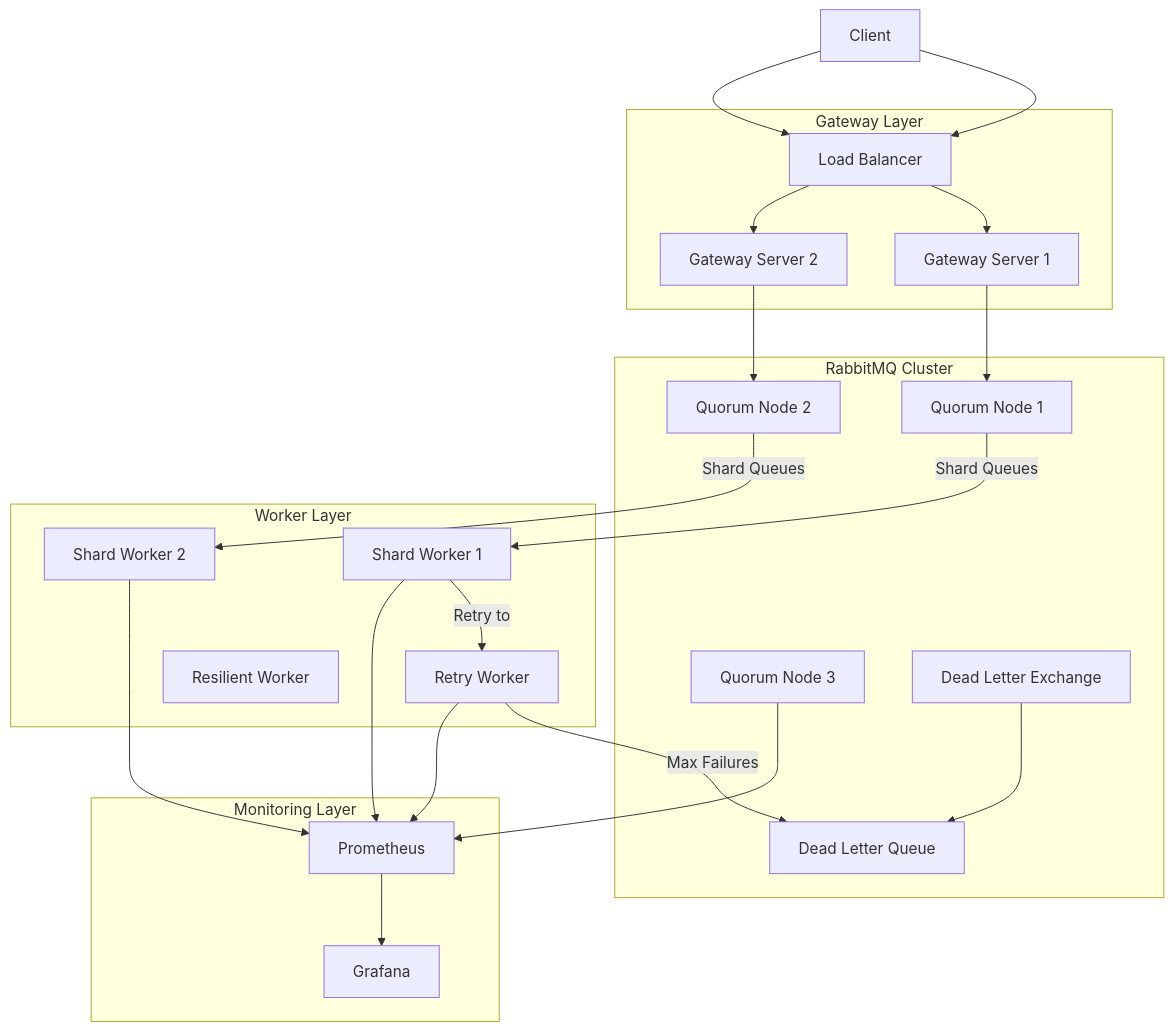
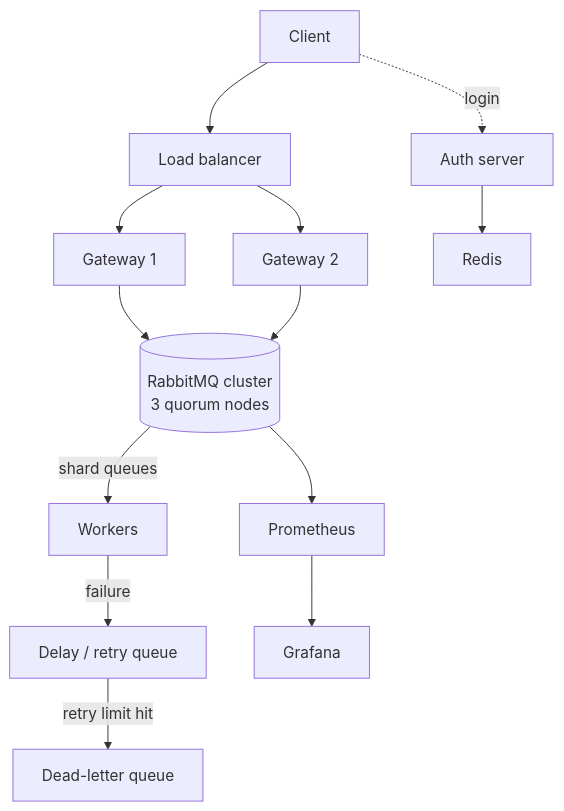
Before and after one commit to Suyash9698/Distributed-Messaging-System-with-RabbitMQ: the diagram in README.md, drawn with Mermaid. The commit also changed other lines of this file, not shown here.

````diff
--- a/README.md
+++ b/README.md
@@ -35,48 +20,13 @@
 ```mermaid
 flowchart TD
-
-  subgraph Gateway Layer
-    LB[Load Balancer]
-    GW1[Gateway Server 1]
-    GW2[Gateway Server 2]
-  end
-
-  subgraph RabbitMQ Cluster
-    RMQ1[Quorum Node 1]
-    RMQ2[Quorum Node 2]
-    RMQ3[Quorum Node 3]
-    DLX[Dead Letter Exchange]
-    DLQ[Dead Letter Queue]
-  end
-
-  subgraph Worker Layer
-    W1[Shard Worker 1]
-    W2[Shard Worker 2]
-    W3[Retry Worker]
-    W4[Resilient Worker]
-  end
-
-  subgraph Monitoring Layer
-    Prometheus
-    Grafana
-  end
-
-  Client --> LB --> GW1
-  Client --> LB --> GW2
-
-  GW1 --> RMQ1
-  GW2 --> RMQ2
-
-  RMQ1 -->|Shard Queues| W1
-  RMQ2 -->|Shard Queues| W2
-  W1 -->|Retry to| W3
-  W3 -->|Max Failures| DLQ
-  DLX --> DLQ
-
-  RMQ3 --> Prometheus
-  W1 --> Prometheus
-  W2 --> Prometheus
-  W3 --> Prometheus
-
-  Prometheus --> Grafana
+  Client --> LB[Load balancer]
+  LB --> GW1[Gateway 1]
+  LB --> GW2[Gateway 2]
+  Client -. login .-> Auth[Auth server] --> Redis
+  GW1 --> RMQ[(RabbitMQ cluster<br/>3 quorum nodes)]
+  GW2 --> RMQ
+  RMQ -->|shard queues| W[Workers]
+  W -->|failure| Retry[Delay / retry queue]
+  Retry -->|retry limit hit| DLQ[Dead-letter queue]
+  RMQ --> Prom[Prometheus] --> Grafana
 ```
````
